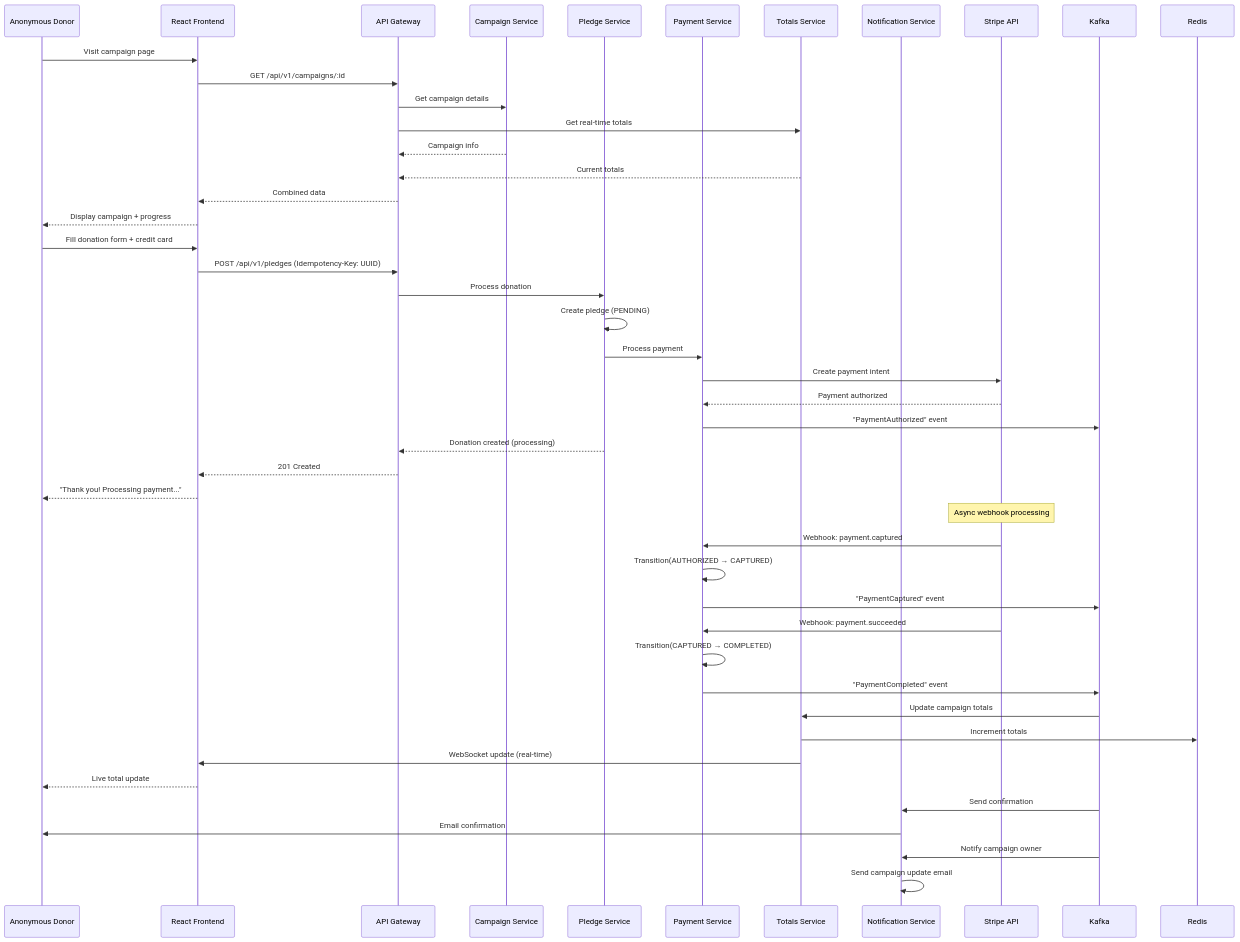
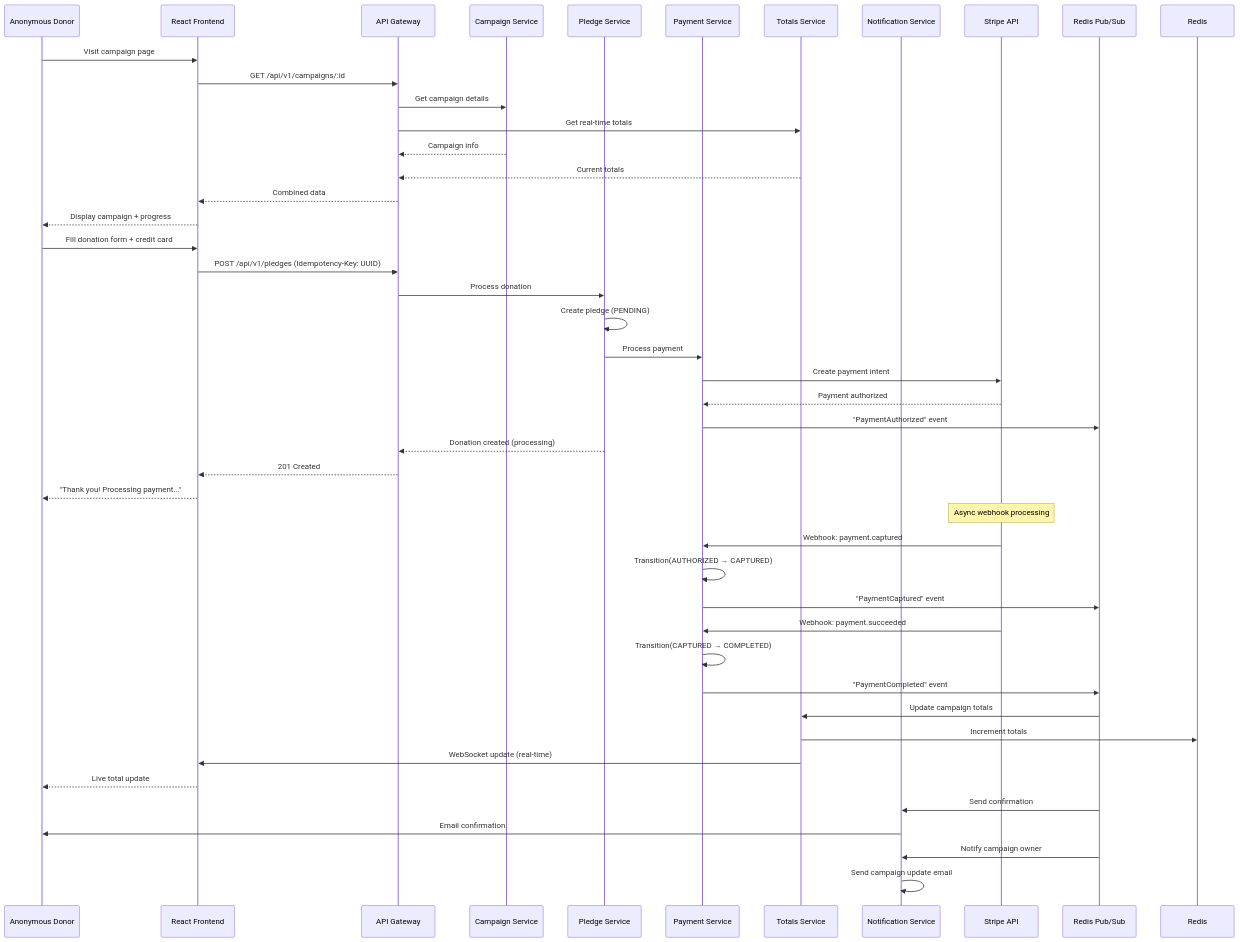
One commit to SM-Shaan/API_Hackathon_Innovatrix changed the tenth of 20 diagrams in docs/others/SYSTEM_FLOW.md. Above: the diagram before and after it, drawn with Mermaid. The commit also changed other lines of this file and 5 other files, not shown here.

First line of the commit message:
docs: add comprehensive architecture diagrams to README

````diff
--- a/docs/others/SYSTEM_FLOW.md
+++ b/docs/others/SYSTEM_FLOW.md
@@ -285,57 +285,57 @@
 ```mermaid
 sequenceDiagram
     participant Donor as Anonymous Donor
     participant Frontend as React Frontend
     participant Gateway as API Gateway
     participant CampaignSvc as Campaign Service
     participant PledgeSvc as Pledge Service
     participant PaymentSvc as Payment Service
     participant TotalsSvc as Totals Service
     participant NotificationSvc as Notification Service
     participant StripeAPI as Stripe API
-    participant Kafka
+    participant RedisPubSub as Redis Pub/Sub
     participant Redis
-    
+
     Donor->>Frontend: Visit campaign page
     Frontend->>Gateway: GET /api/v1/campaigns/:id
     Gateway->>CampaignSvc: Get campaign details
     Gateway->>TotalsSvc: Get real-time totals
     CampaignSvc-->>Gateway: Campaign info
     TotalsSvc-->>Gateway: Current totals
     Gateway-->>Frontend: Combined data
     Frontend-->>Donor: Display campaign + progress
     
     Donor->>Frontend: Fill donation form + credit card
     Frontend->>Gateway: POST /api/v1/pledges (Idempotency-Key: UUID)
     
     Gateway->>PledgeSvc: Process donation
     PledgeSvc->>PledgeSvc: Create pledge (PENDING)
     PledgeSvc->>PaymentSvc: Process payment
     PaymentSvc->>StripeAPI: Create payment intent
     StripeAPI-->>PaymentSvc: Payment authorized
-    PaymentSvc->>Kafka: "PaymentAuthorized" event
-    
+    PaymentSvc->>RedisPubSub: "PaymentAuthorized" event
+
     PledgeSvc-->>Gateway: Donation created (processing)
     Gateway-->>Frontend: 201 Created
     Frontend-->>Donor: "Thank you! Processing payment..."
-    
+
     Note over StripeAPI: Async webhook processing
     StripeAPI->>PaymentSvc: Webhook: payment.captured
     PaymentSvc->>PaymentSvc: Transition(AUTHORIZED → CAPTURED)
-    PaymentSvc->>Kafka: "PaymentCaptured" event
-    
+    PaymentSvc->>RedisPubSub: "PaymentCaptured" event
+
     StripeAPI->>PaymentSvc: Webhook: payment.succeeded
     PaymentSvc->>PaymentSvc: Transition(CAPTURED → COMPLETED)
-    PaymentSvc->>Kafka: "PaymentCompleted" event
-    
-    Kafka->>TotalsSvc: Update campaign totals
+    PaymentSvc->>RedisPubSub: "PaymentCompleted" event
+
+    RedisPubSub->>TotalsSvc: Update campaign totals
     TotalsSvc->>Redis: Increment totals
     TotalsSvc->>Frontend: WebSocket update (real-time)
     Frontend-->>Donor: Live total update
-    
-    Kafka->>NotificationSvc: Send confirmation
+
+    RedisPubSub->>NotificationSvc: Send confirmation
     NotificationSvc->>Donor: Email confirmation
-    
-    Kafka->>NotificationSvc: Notify campaign owner
+
+    RedisPubSub->>NotificationSvc: Notify campaign owner
     NotificationSvc->>NotificationSvc: Send campaign update email
 ```
````
